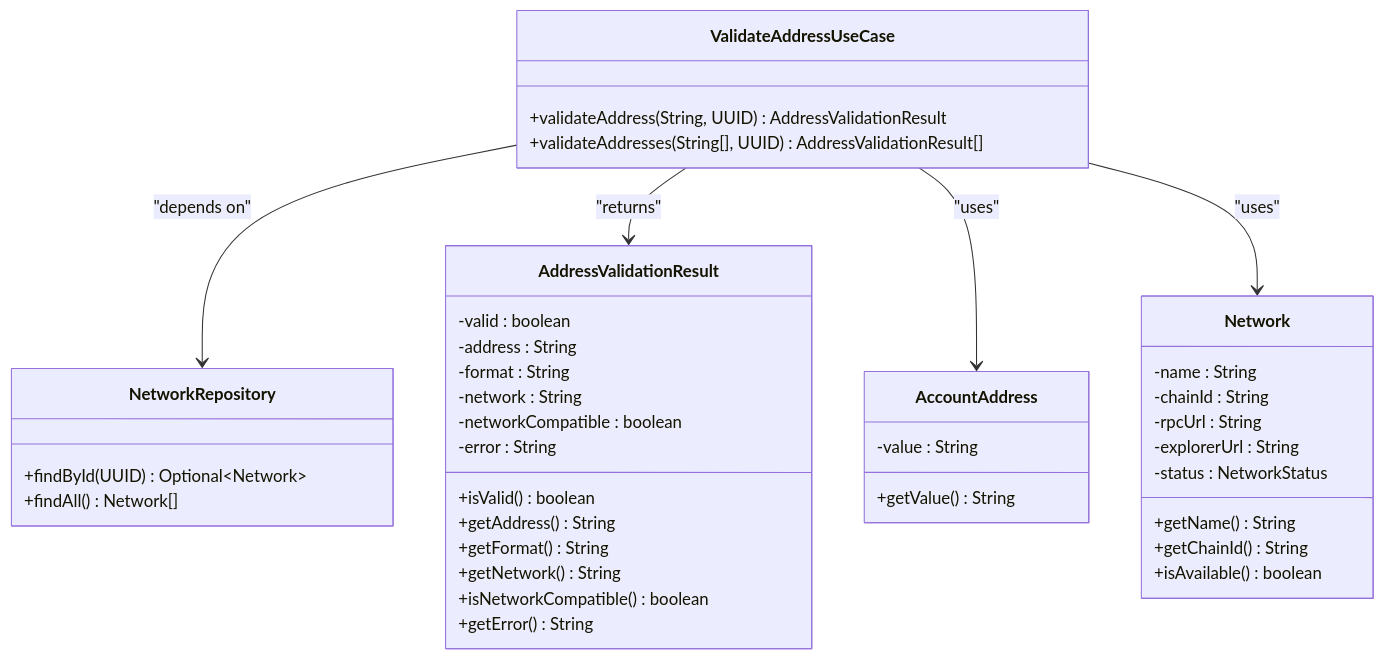
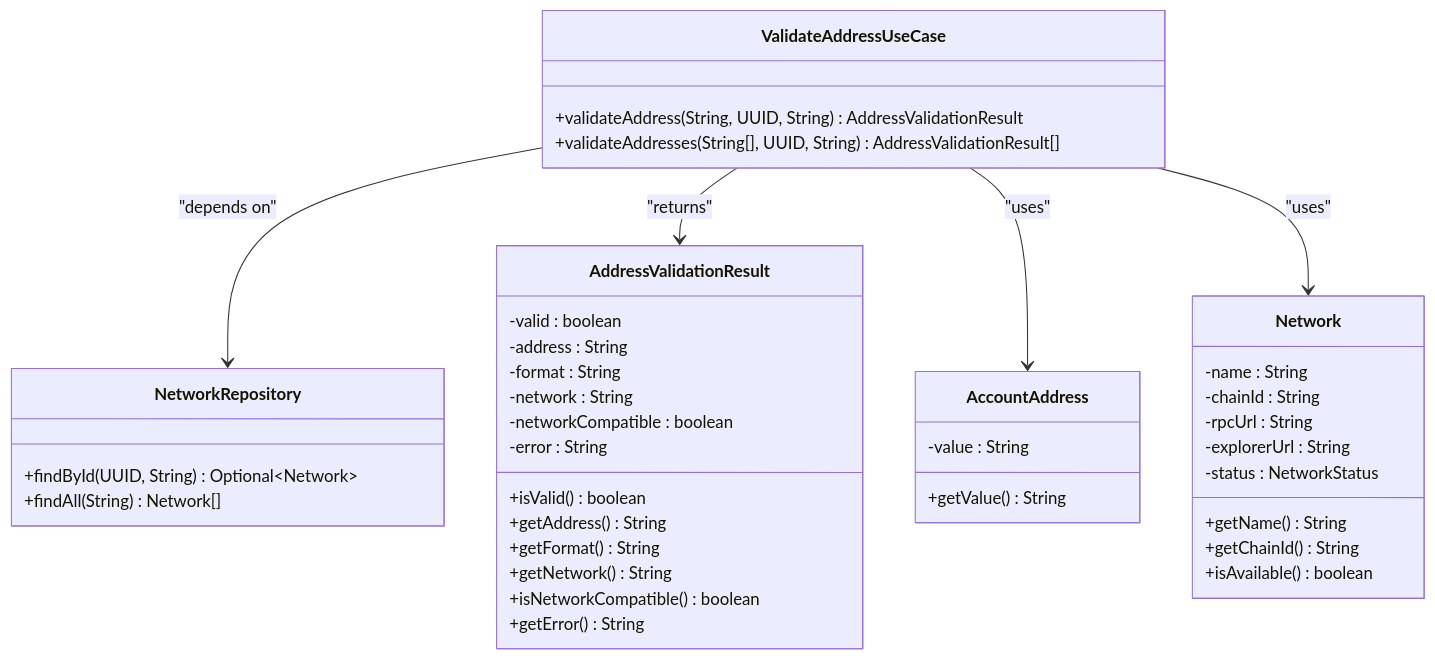
The first of 2 diagrams in .qoder/repowiki/en/content/Validate Address.md (italoag/wallet), drawn with Mermaid before and after one commit. The commit also changed other lines of this file and 10 other files, not shown here.

````diff
--- a/.qoder/repowiki/en/content/Validate Address.md
+++ b/.qoder/repowiki/en/content/Validate Address.md
@@ -40,43 +50,43 @@
 ```mermaid
 classDiagram
 class ValidateAddressUseCase {
-+validateAddress(String, UUID) AddressValidationResult
-+validateAddresses(String[], UUID) AddressValidationResult[]
++validateAddress(String, UUID, String) AddressValidationResult
++validateAddresses(String[], UUID, String) AddressValidationResult[]
 }
 class AddressValidationResult {
 -valid : boolean
 -address : String
 -format : String
 -network : String
 -networkCompatible : boolean
 -error : String
 +isValid() boolean
 +getAddress() String
 +getFormat() String
 +getNetwork() String
 +isNetworkCompatible() boolean
 +getError() String
 }
 class AccountAddress {
 -value : String
 +getValue() String
 }
 class NetworkRepository {
-+findById(UUID) Optional~Network~
-+findAll() Network[]
++findById(UUID, String) Optional~Network~
++findAll(String) Network[]
 }
 class Network {
 -name : String
 -chainId : String
 -rpcUrl : String
 -explorerUrl : String
 -status : NetworkStatus
 +getName() String
 +getChainId() String
 +isAvailable() boolean
 }
 ValidateAddressUseCase --> NetworkRepository : "depends on"
 ValidateAddressUseCase --> AddressValidationResult : "returns"
 ValidateAddressUseCase --> AccountAddress : "uses"
 ValidateAddressUseCase --> Network : "uses"
 ```
````
